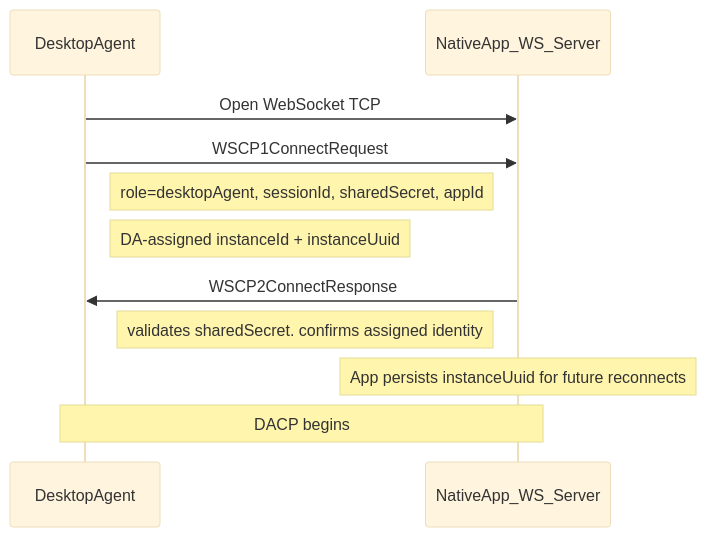
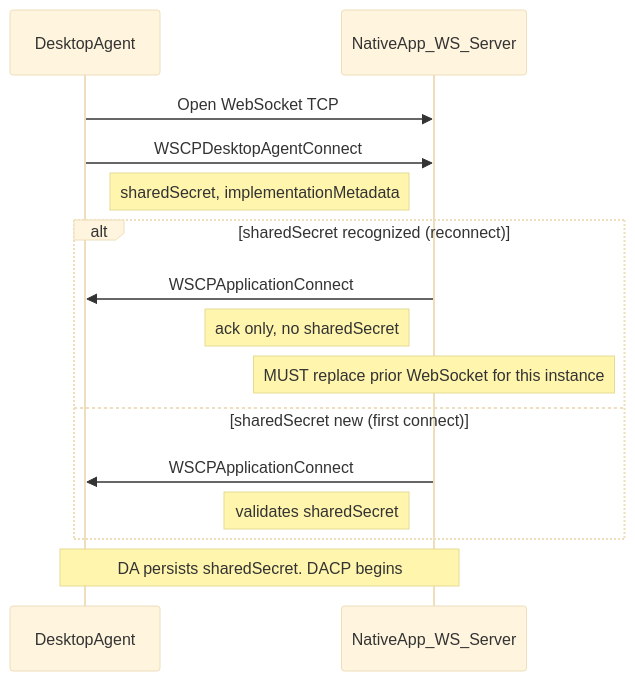
Before and after one commit to finos/FDC3: the second of 3 diagrams in website/docs/api/specs/webSocketConnectionProtocol.md, drawn with Mermaid (base theme). The commit also changed other lines of this file and 10 other files, not shown here.

````diff
--- a/website/docs/api/specs/webSocketConnectionProtocol.md
+++ b/website/docs/api/specs/webSocketConnectionProtocol.md
@@ -160,14 +261,18 @@
 ```mermaid
 sequenceDiagram
     participant DA as DesktopAgent
     participant App as NativeApp_WS_Server
 
     DA->>App: Open WebSocket TCP
-    DA->>App: WSCP1ConnectRequest
-    Note right of DA: role=desktopAgent, sessionId, sharedSecret, appId
-    Note right of DA: DA-assigned instanceId + instanceUuid
-    App->>DA: WSCP2ConnectResponse
-    Note left of App: validates sharedSecret. confirms assigned identity
-    Note over App: App persists instanceUuid for future reconnects
-    Note over DA,App: DACP begins
+    DA->>App: WSCPDesktopAgentConnect
+    Note right of DA: sharedSecret, implementationMetadata
+    alt sharedSecret recognized (reconnect)
+        App->>DA: WSCPApplicationConnect
+        Note left of App: ack only, no sharedSecret
+        Note over App: MUST replace prior WebSocket for this instance
+    else sharedSecret new (first connect)
+        App->>DA: WSCPApplicationConnect
+        Note left of App: validates sharedSecret
+    end
+    Note over DA,App: DA persists sharedSecret. DACP begins
 ```
````
